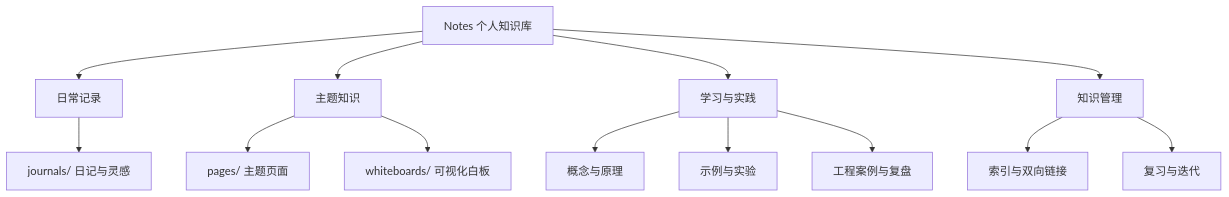
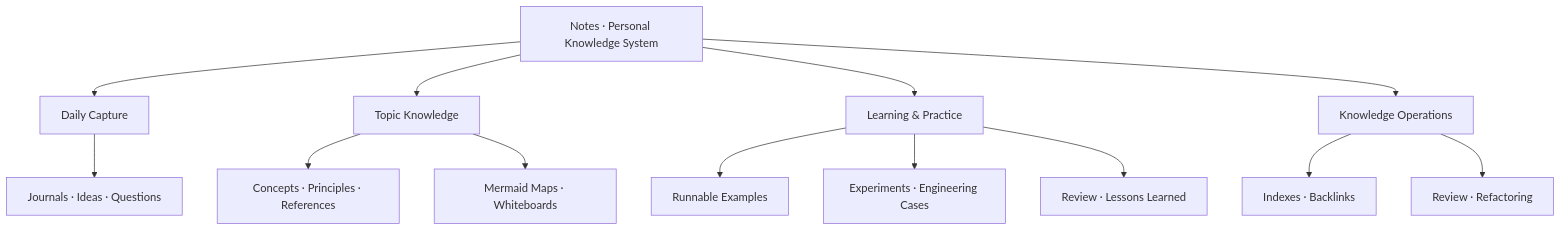
Before and after one commit to ilikui/Notes: the first of 3 diagrams in README.md, drawn with Mermaid. The commit also changed other lines of this file, not shown here.

Commit message:
docs: redesign README and document Mermaid support

````diff
--- a/README.md
+++ b/README.md
@@ -30,15 +45,16 @@
 ```mermaid
-flowchart TD
-    A["Notes 个人知识库"] --> B["日常记录"]
-    A --> C["主题知识"]
-    A --> D["学习与实践"]
-    A --> E["知识管理"]
-    B --> B1["journals/ 日记与灵感"]
-    C --> C1["pages/ 主题页面"]
-    C --> C2["whiteboards/ 可视化白板"]
-    D --> D1["概念与原理"]
-    D --> D2["示例与实验"]
-    D --> D3["工程案例与复盘"]
-    E --> E1["索引与双向链接"]
-    E --> E2["复习与迭代"]
+flowchart TB
+    N["Notes · Personal Knowledge System"]
+    N --> D["Daily Capture"]
+    N --> T["Topic Knowledge"]
+    N --> P["Learning & Practice"]
+    N --> K["Knowledge Operations"]
+    D --> D1["Journals · Ideas · Questions"]
+    T --> T1["Concepts · Principles · References"]
+    T --> T2["Mermaid Maps · Whiteboards"]
+    P --> P1["Runnable Examples"]
+    P --> P2["Experiments · Engineering Cases"]
+    P --> P3["Review · Lessons Learned"]
+    K --> K1["Indexes · Backlinks"]
+    K --> K2["Review · Refactoring"]
 ```
````
